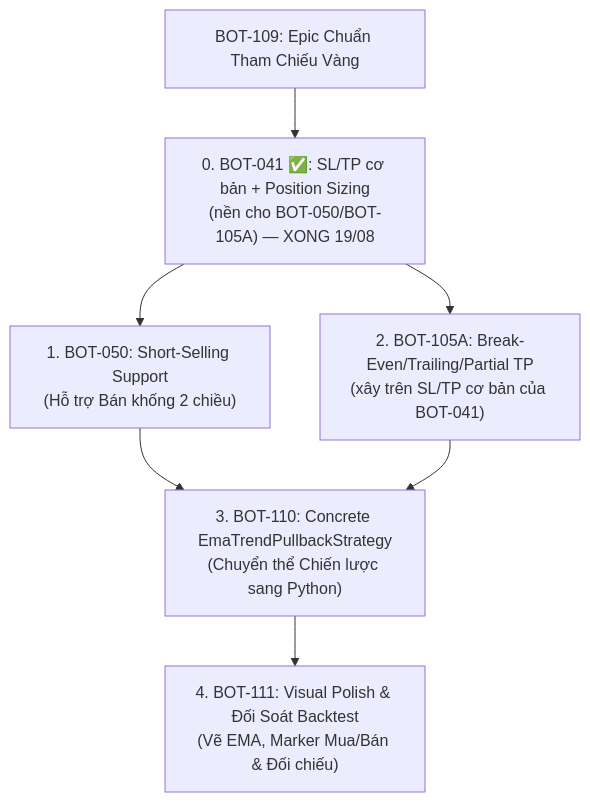
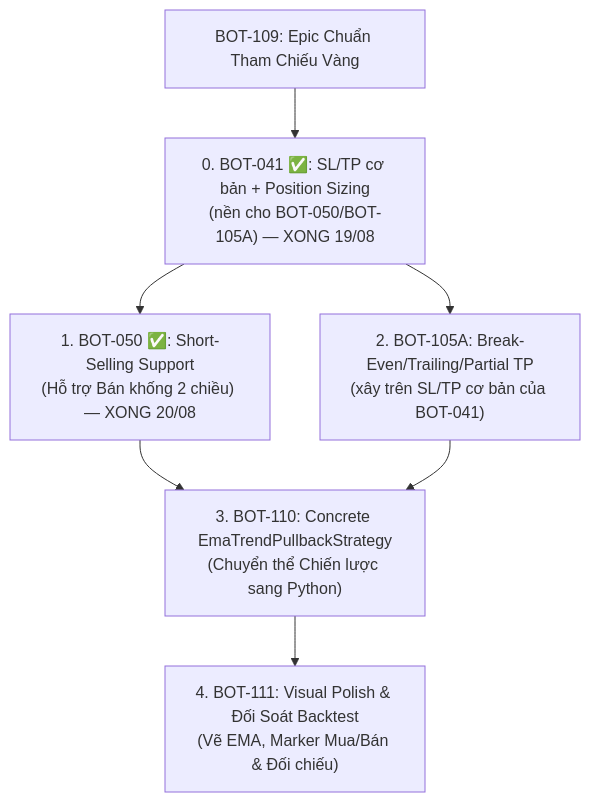
The diagram in Tasks/backlog/BOT-109_golden_strategy_ema_trend_confirm_pullback_epic.md (anhembedded/Sagittarius_Elite_Warrior), drawn with Mermaid before and after one commit. The commit also changed other lines of this file and 22 other files, not shown here.

````diff
--- a/Tasks/backlog/BOT-109_golden_strategy_ema_trend_confirm_pullback_epic.md
+++ b/Tasks/backlog/BOT-109_golden_strategy_ema_trend_confirm_pullback_epic.md
@@ -144,9 +144,9 @@
 ```mermaid
 graph TD
     A["BOT-109: Epic Chuẩn Tham Chiếu Vàng"] --> Z["0. BOT-041 ✅: SL/TP cơ bản + Position Sizing<br/>(nền cho BOT-050/BOT-105A) — XONG 19/08"]
-    Z --> B["1. BOT-050: Short-Selling Support<br/>(Hỗ trợ Bán khống 2 chiều)"]
+    Z --> B["1. BOT-050 ✅: Short-Selling Support<br/>(Hỗ trợ Bán khống 2 chiều) — XONG 20/08"]
     Z --> C["2. BOT-105A: Break-Even/Trailing/Partial TP<br/>(xây trên SL/TP cơ bản của BOT-041)"]
     B --> D["3. BOT-110: Concrete EmaTrendPullbackStrategy<br/>(Chuyển thể Chiến lược sang Python)"]
     C --> D
     D --> E["4. BOT-111: Visual Polish & Đối Soát Backtest<br/>(Vẽ EMA, Marker Mua/Bán & Đối chiếu)"]
 ```
````
